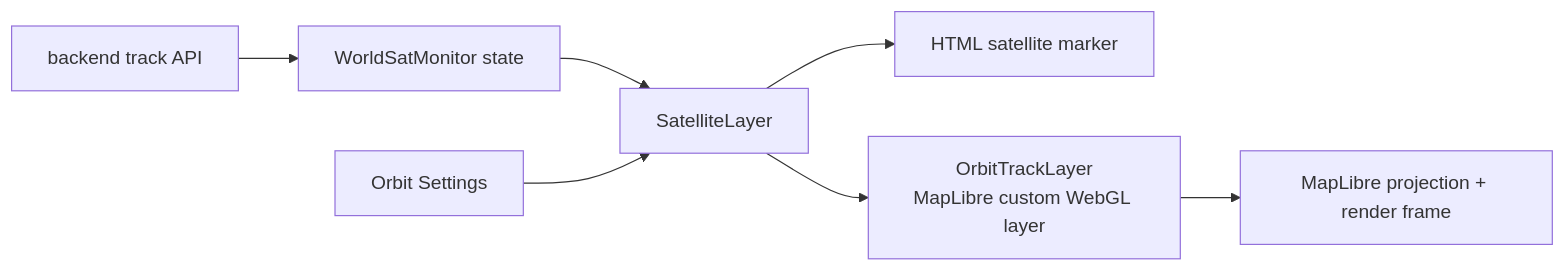
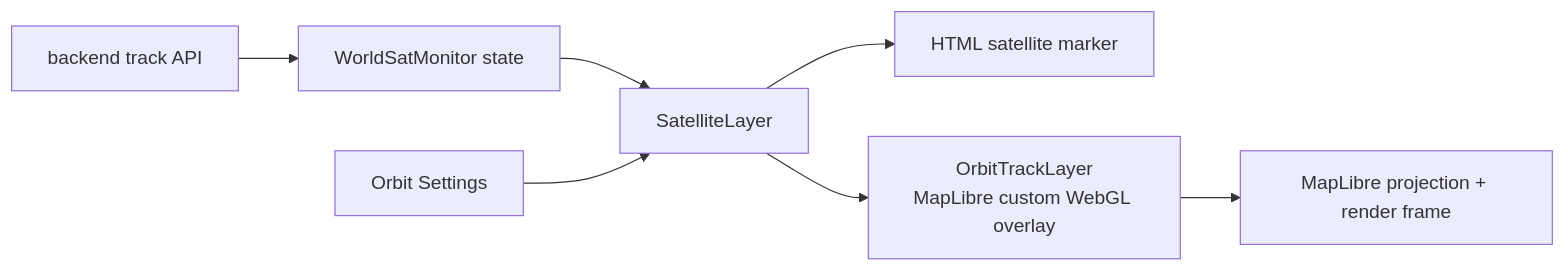
Before and after one commit to ExoSpaceLabs/world-sat-monitor: the third of 3 diagrams in docs/orbit-display.md, drawn with Mermaid. The commit also changed other lines of this file, not shown here.

Commit message:
docs(world-sat-monitor): document elevated orbit overlay projection

````diff
--- a/docs/orbit-display.md
+++ b/docs/orbit-display.md
@@ -55,9 +55,9 @@
 ```mermaid
 flowchart LR
     API[backend track API] --> UI[WorldSatMonitor state]
     UI --> SAT[SatelliteLayer]
     SAT --> MARKER[HTML satellite marker]
-    SAT --> TRACK[OrbitTrackLayer<br/>MapLibre custom WebGL layer]
+    SAT --> TRACK[OrbitTrackLayer<br/>MapLibre custom WebGL overlay]
     SETTINGS[Orbit Settings] --> SAT
     TRACK --> MAP[MapLibre projection + render frame]
 ```
````
